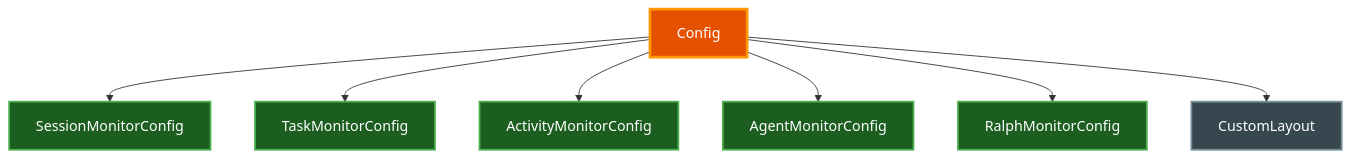
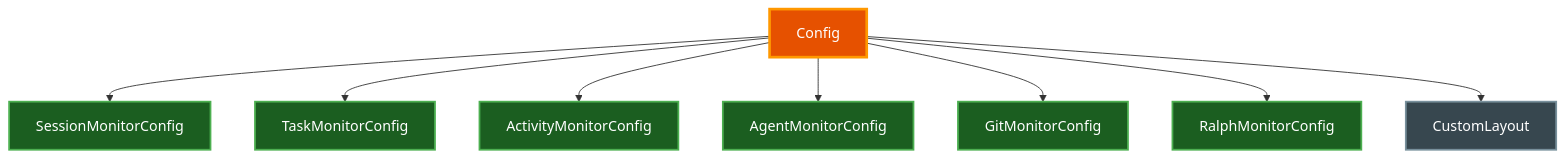
One commit to paulrobello/cctmux changed the sixth of 6 diagrams in docs/ARCHITECTURE.md. Above: the diagram before and after it, drawn with Mermaid. The commit also changed other lines of this file and 8 other files, not shown here.

Commit message:
docs: add git monitor documentation to all docs

````diff
--- a/docs/ARCHITECTURE.md
+++ b/docs/ARCHITECTURE.md
@@ -348,25 +361,28 @@
 ```mermaid
 graph TD
     Config[Config]
     SMC[SessionMonitorConfig]
     TMC[TaskMonitorConfig]
     AMC[ActivityMonitorConfig]
     AgMC[AgentMonitorConfig]
+    GMC[GitMonitorConfig]
     RMC[RalphMonitorConfig]
     CL[CustomLayout]
 
     Config --> SMC
     Config --> TMC
     Config --> AMC
     Config --> AgMC
+    Config --> GMC
     Config --> RMC
     Config --> CL
 
     style Config fill:#e65100,stroke:#ff9800,stroke-width:3px,color:#ffffff
     style SMC fill:#1b5e20,stroke:#4caf50,stroke-width:2px,color:#ffffff
     style TMC fill:#1b5e20,stroke:#4caf50,stroke-width:2px,color:#ffffff
     style AMC fill:#1b5e20,stroke:#4caf50,stroke-width:2px,color:#ffffff
     style AgMC fill:#1b5e20,stroke:#4caf50,stroke-width:2px,color:#ffffff
+    style GMC fill:#1b5e20,stroke:#4caf50,stroke-width:2px,color:#ffffff
     style RMC fill:#1b5e20,stroke:#4caf50,stroke-width:2px,color:#ffffff
     style CL fill:#37474f,stroke:#78909c,stroke-width:2px,color:#ffffff
 ```
````
